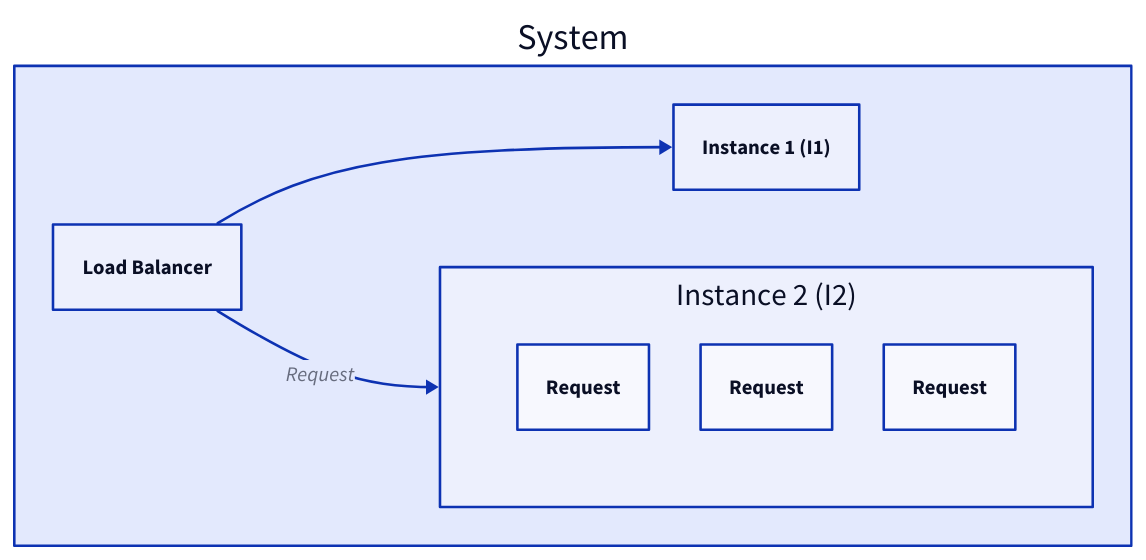
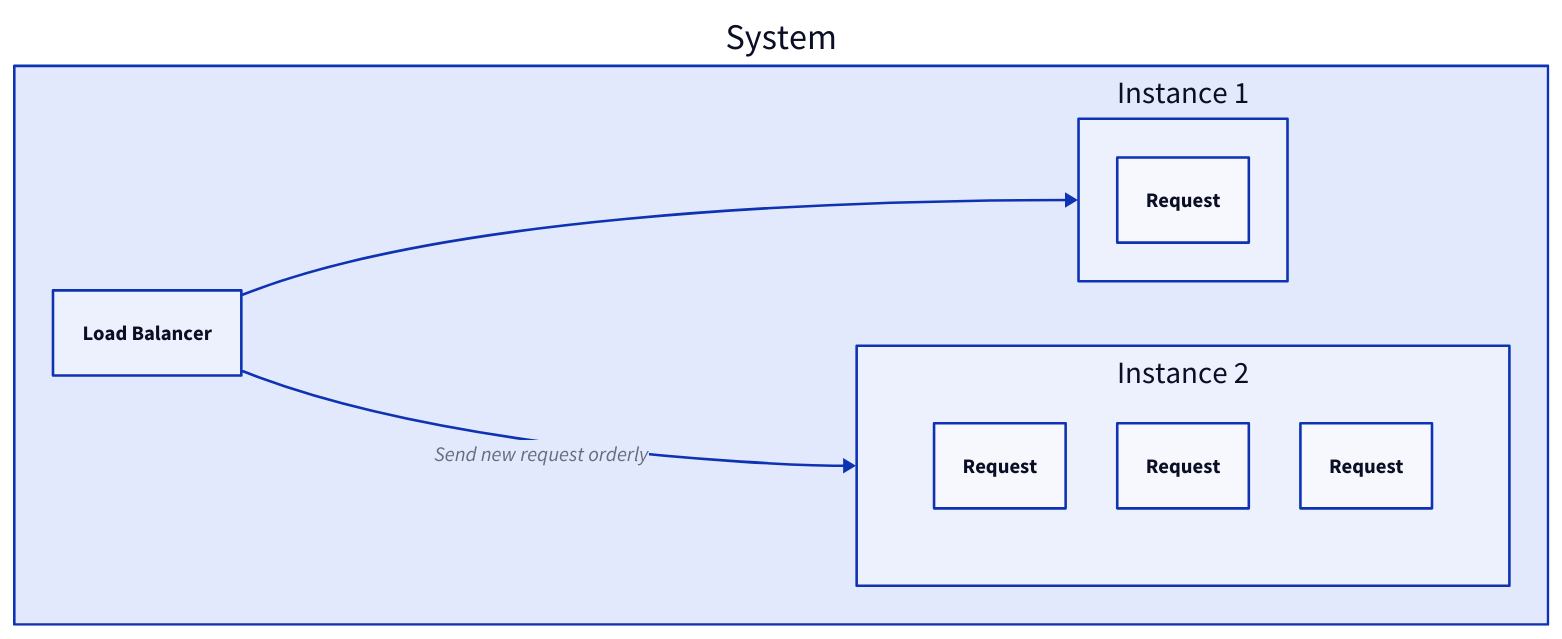
One commit to link1905/system-design-101 changed the seventh of 20 diagrams in content/docs/web-service/load-balancer.md. Above: the diagram before and after it, drawn with D2. The commit also changed other lines of this file and 14 other files, not shown here.

````diff
--- a/content/docs/web-service/load-balancer.md
+++ b/content/docs/web-service/load-balancer.md
@@ -209,18 +231,30 @@
 ```d2
 
 direction: right
 s1: System {
     lb: Load Balancer {
         class: lb
     }
-    s1: Instance 1 (I1)
-    s2: Instance 2 (I2) {
-        grid-columns: 3
-        r1: "Request"
-        r2: "Request"
-        r3: "Request"
+    s1: Instance 1 {
+      r: "Request" {
+        class: request
+      }
+    }
+    s2: Instance 2 {
+      grid-columns: 3
+      r1: "Request" {
+        class: request
+      }
+      r2: "Request" {
+        class: request
+      }
+      r3: "Request" {
+        class: request
+      }
     }
     lb -> s1
-    lb -> s2: Request 
+    lb -> s2: Send new request orderly {
+      class: bold-text
+    }
 }
 ```
````
